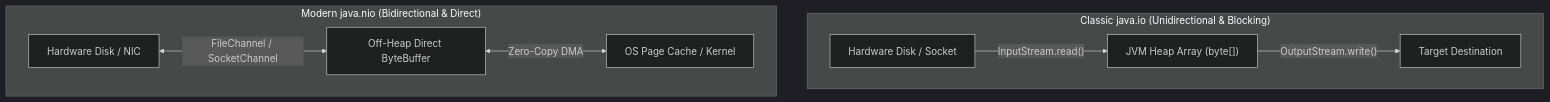
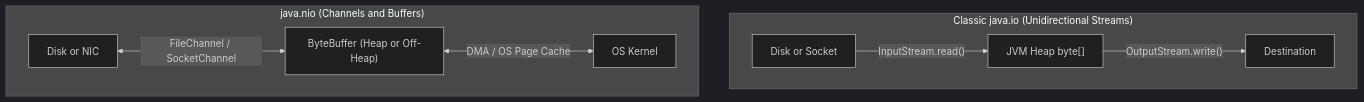
One commit to ravishankar2463/java_hub changed the first of 5 diagrams in content/roadmap/level-2/io-and-nio2.md. Above: the diagram before and after it, drawn with Mermaid (dark theme). The commit also changed other lines of this file and 119 other files, not shown here.

Commit message:
feat: add comprehensive java learning roadmap content across multiple levels

````diff
--- a/content/roadmap/level-2/io-and-nio2.md
+++ b/content/roadmap/level-2/io-and-nio2.md
@@ -27,12 +224,12 @@
 ```mermaid
 flowchart TD
-    subgraph ClassicIO ["Classic java.io (Unidirectional & Blocking)"]
-        Disk1["Hardware Disk / Socket"] -->|"InputStream.read()"| HeapBuf["JVM Heap Array (byte[])"]
-        HeapBuf -->|"OutputStream.write()"| Target1["Target Destination"]
+    subgraph ClassicIO ["Classic java.io (Unidirectional Streams)"]
+        Disk1["Disk or Socket"] -->|"InputStream.read()"| HeapArr["JVM Heap byte[]"]
+        HeapArr -->|"OutputStream.write()"| Target1["Destination"]
     end
 
-    subgraph ModernNIO ["Modern java.nio (Bidirectional & Direct)"]
-        Hardware["Hardware Disk / NIC"] <-->|"FileChannel / SocketChannel"| DirectBuf["Off-Heap Direct ByteBuffer"]
-        DirectBuf <-->|"Zero-Copy DMA"| OSPageCache["OS Page Cache / Kernel"]
+    subgraph ModernNIO ["java.nio (Channels and Buffers)"]
+        Hardware["Disk or NIC"] <-->|"FileChannel / SocketChannel"| DirectBuf["ByteBuffer (Heap or Off-Heap)"]
+        DirectBuf <-->|"DMA / OS Page Cache"| OSKernel["OS Kernel"]
     end
 ```
````
